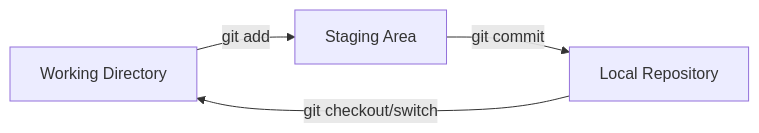
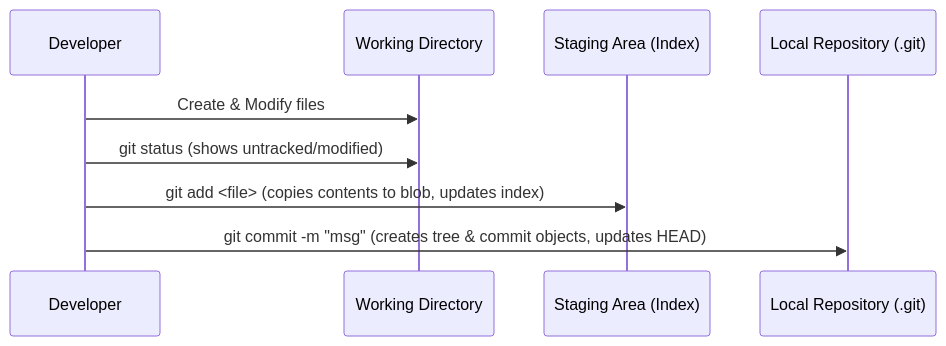
One commit to rajasekarrk96/study_material changed the second of 2 diagrams in docs/notes preparing implementation/_01_git/_01_03_git_fundamentals_lesson1.md. Above: the diagram before and after it, drawn with Mermaid. The commit also changed other lines of this file and 19 other files, not shown here.

````diff
--- a/docs/notes preparing implementation/_01_git/_01_03_git_fundamentals_lesson1.md
+++ b/docs/notes preparing implementation/_01_git/_01_03_git_fundamentals_lesson1.md
@@ -35,6 +68,12 @@
 ```mermaid
-graph LR
-    WD[Working Directory] -->|git add| SA[Staging Area]
-    SA -->|git commit| LR[Local Repository]
-    LR -->|git checkout/switch| WD
+sequenceDiagram
+    participant User as Developer
+    participant WD as Working Directory
+    participant SA as Staging Area (Index)
+    participant LR as Local Repository (.git)
+    
+    User->>WD: Create & Modify files
+    User->>WD: git status (shows untracked/modified)
+    User->>SA: git add <file> (copies contents to blob, updates index)
+    User->>LR: git commit -m "msg" (creates tree & commit objects, updates HEAD)
 ```
````
